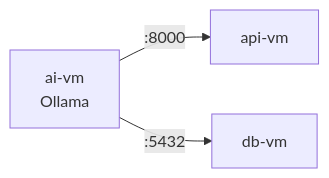
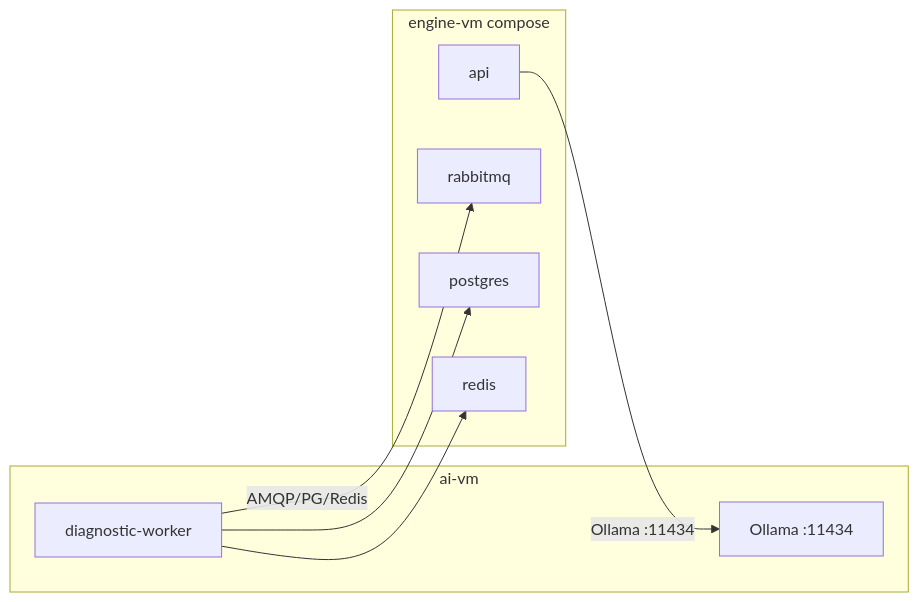
The third of 3 diagrams in docs/architecture/runtime.md (z-converter-assessment/assessment-infra), drawn with Mermaid before and after one commit. The commit also changed other lines of this file and 4 other files, not shown here.

First line of the commit message:
docs: 단일 VM+compose 전환을 architecture·CLAUDE.md에 반영 (ADR-0010)

````diff
--- a/docs/architecture/runtime.md
+++ b/docs/architecture/runtime.md
@@ -47,5 +49,17 @@
 ```mermaid
 flowchart LR
-  ai[ai-vm<br/>Ollama] -- :8000 --> api[api-vm]
-  ai -- :5432 --> db[db-vm]
+  subgraph aivm[ai-vm]
+    ollama[Ollama :11434]
+    dworker[diagnostic-worker]
+  end
+  subgraph enginevm[engine-vm compose]
+    api[api]
+    mq[rabbitmq]
+    pg[postgres]
+    redis[redis]
+  end
+  dworker -- AMQP/PG/Redis --> mq
+  dworker --> pg
+  dworker --> redis
+  api -- Ollama :11434 --> ollama
 ```
````
